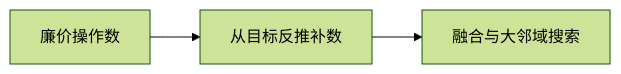
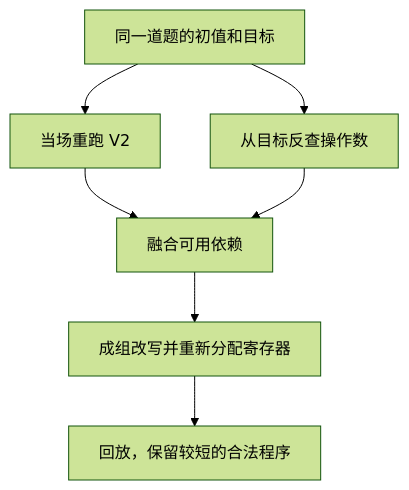
One commit to Leonardo-F/kaggle-lab changed the second of 3 diagrams in competitions/santa-2026/docs/algorithm-evolution.md. Above: the diagram before and after it, drawn with Mermaid (forest theme). The commit also changed other lines of this file, not shown here.

````diff
--- a/competitions/santa-2026/docs/algorithm-evolution.md
+++ b/competitions/santa-2026/docs/algorithm-evolution.md
@@ -58,4 +75,14 @@
 ```mermaid
-flowchart LR
-    A["廉价操作数"] --> B["从目标反推补数"] --> C["融合与大邻域搜索"]
+flowchart TB
+    I["同一道题的初值和目标"]
+    A["当场重跑 V2"]
+    B["从目标反查操作数"]
+    C["融合可用依赖"]
+    D["成组改写并重新分配寄存器"]
+    E["回放，保留较短的合法程序"]
+    I --> A
+    I --> B
+    A --> C
+    B --> C
+    C --> D --> E
 ```
````
